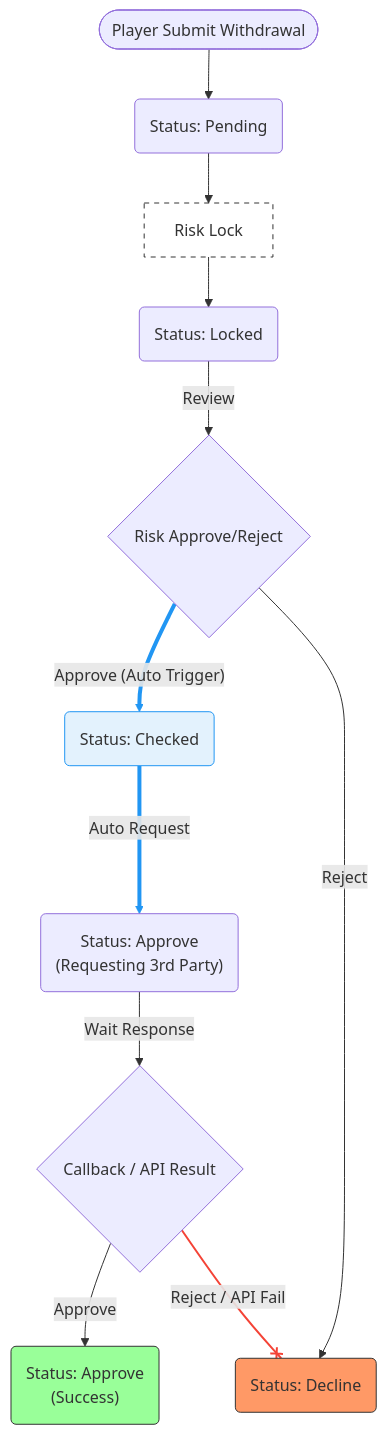
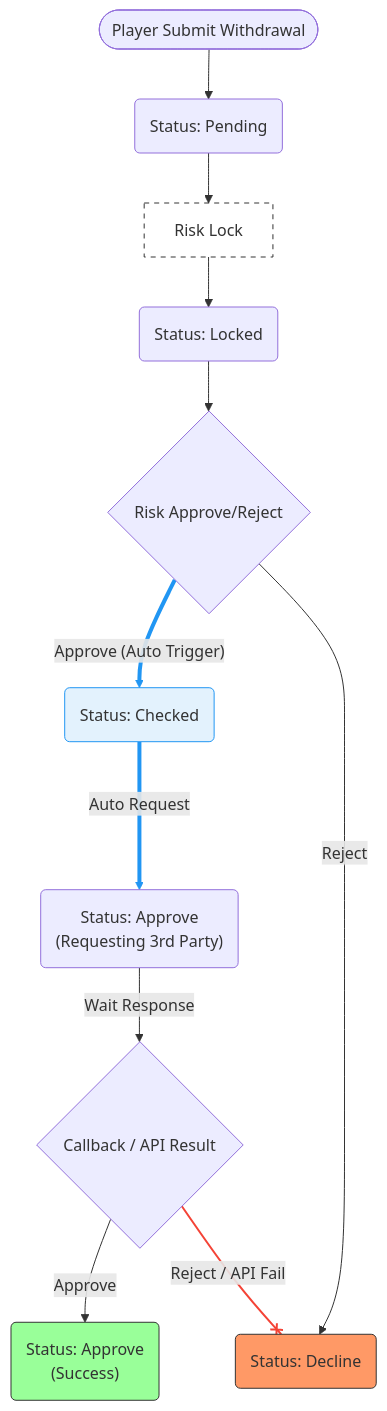
Before and after one commit to almightyken0425/SuSuGiGiSpec: the second of 2 diagrams in no99_archive/sitflowchart.md, drawn with Mermaid. The commit also changed other lines of this file, not shown here.

````diff
--- a/no99_archive/sitflowchart.md
+++ b/no99_archive/sitflowchart.md
@@ -87,58 +87,58 @@
 ```mermaid
 graph TD
     %% 節點定義
     StartAuto(["Player Submit Withdrawal"])
     PendingAuto("Status: Pending")
     
     RiskLockActionBoxAuto["Risk Lock"]
     RiskLockAuto("Status: Locked")
     
     RiskActionAuto{"Risk Approve/Reject"}
     ApproveAuto("Status: Checked")
     ApproveReqAuto("Status: Approve<br/>(Requesting 3rd Party)")
     DeclineAuto("Status: Decline")
     SuccessAuto("Status: Approve<br/>(Success)")
     CallbackAuto{"Callback / API Result"}
 
     StartAuto --> PendingAuto
     
     PendingAuto --> RiskLockActionBoxAuto
     RiskLockActionBoxAuto --> RiskLockAuto
     
-    RiskLockAuto -->|"Review"| RiskActionAuto
+    RiskLockAuto --> RiskActionAuto
     
     %% 高亮自動化路徑
     RiskActionAuto ==>|"Approve (Auto Trigger)"| ApproveAuto
     ApproveAuto ===>|"Auto Request"| ApproveReqAuto
 
     RiskActionAuto -->|"Reject"| DeclineAuto
     
     ApproveReqAuto -->|"Wait Response"| CallbackAuto
 
     CallbackAuto -->|"Approve"| SuccessAuto
     
     %% 高亮報廢路徑
     CallbackAuto --x|"Reject / API Fail"| DeclineAuto
 
     %% 樣式與連結美化
     %% linkStyle 索引 (基於連接線出現順序):
     %% 0: StartAuto -> PendingAuto
     %% 1: PendingAuto -> RiskLockActionBoxAuto
     %% 2: RiskLockActionBoxAuto -> RiskLockAuto
     %% 3: RiskLockAuto -> RiskActionAuto
     %% 4: RiskActionAuto ==> ApproveAuto
     %% 5: ApproveAuto ===> ApproveReqAuto
     %% 6: RiskActionAuto --> DeclineAuto
     %% 7: ApproveReqAuto --> CallbackAuto
     %% 8: CallbackAuto --> SuccessAuto
     %% 9: CallbackAuto --x DeclineAuto
 
     linkStyle 4 stroke:#2196f3,stroke-width:4px;
     linkStyle 5 stroke:#2196f3,stroke-width:4px;
     linkStyle 9 stroke:#f44336,stroke-width:2px;
 
     style DeclineAuto fill:#f96,stroke:#333
     style SuccessAuto fill:#9f9,stroke:#333
     style ApproveAuto fill:#e3f2fd,stroke:#2196f3
     style RiskLockActionBoxAuto fill:#fff,stroke:#333,stroke-dasharray: 5 5
 ```
````
